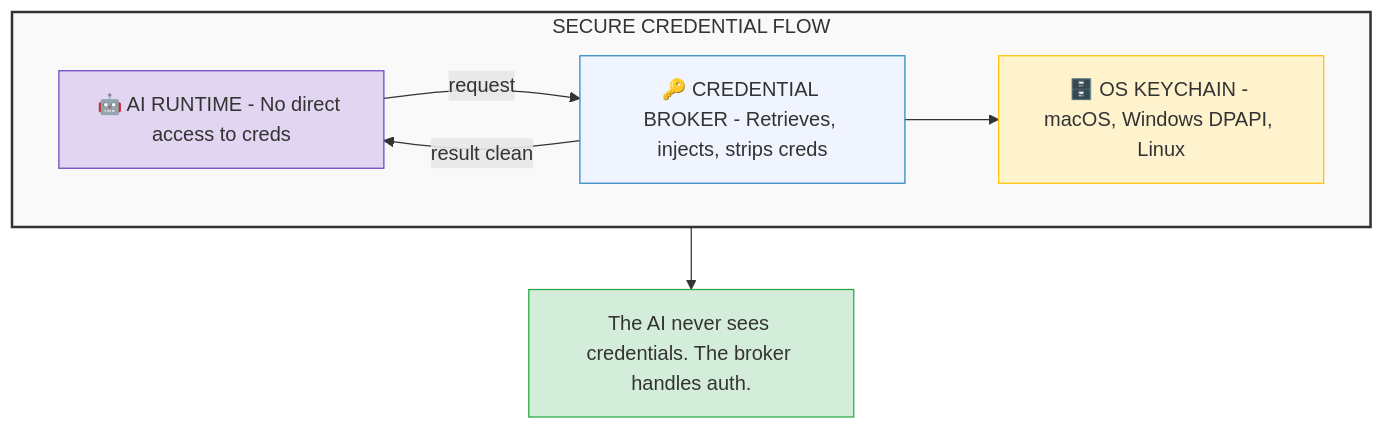
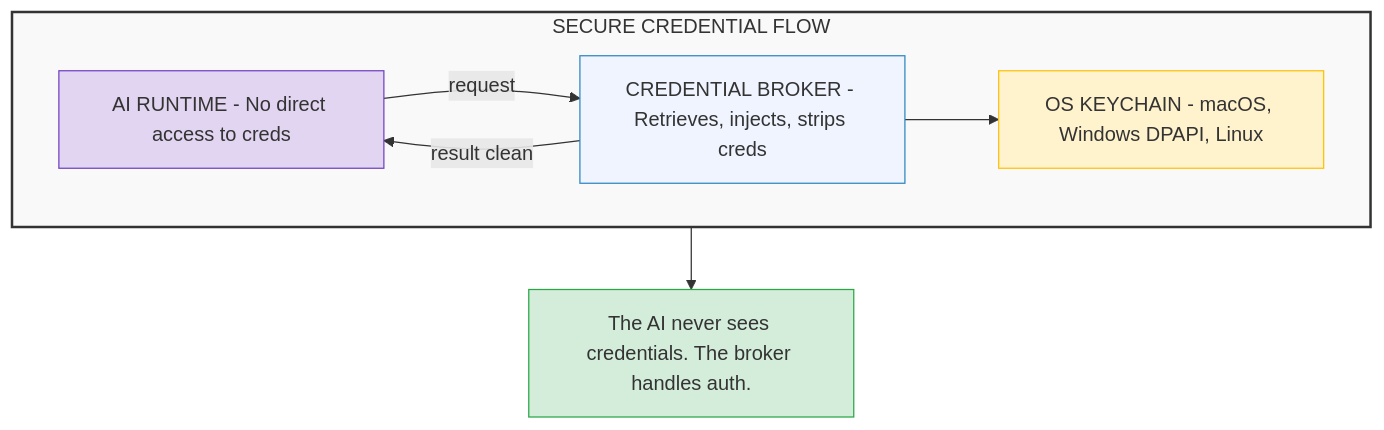
One commit to ithinktavo/GenAI-Engineering-Handbook changed the third of 5 diagrams in docs/11-mcp-security.md. Above: the diagram before and after it, drawn with Mermaid. The commit also changed other lines of this file and 10 other files, not shown here.

Commit message:
Diagram updates

````diff
--- a/docs/11-mcp-security.md
+++ b/docs/11-mcp-security.md
@@ -112,21 +112,21 @@
 ```mermaid
 graph TD
     subgraph cred_flow["SECURE CREDENTIAL FLOW"]
-        AI["🤖 AI RUNTIME - No direct access to creds"]
-        BROKER["🔑 CREDENTIAL BROKER - Retrieves, injects, strips creds"]
-        KEYCHAIN["🗄️ OS KEYCHAIN - macOS, Windows DPAPI, Linux"]
+        AI["AI RUNTIME - No direct access to creds"]
+        BROKER["CREDENTIAL BROKER - Retrieves, injects, strips creds"]
+        KEYCHAIN["OS KEYCHAIN - macOS, Windows DPAPI, Linux"]
 
         AI -- "request" --> BROKER
         BROKER -- "result clean" --> AI
         BROKER --> KEYCHAIN
     end
 
     NOTE["The AI never sees credentials. The broker handles auth."]
     cred_flow --> NOTE
 
     style AI fill:#e2d5f1,stroke:#6f42c1
     style BROKER fill:#f0f4ff,stroke:#2E86C1
     style KEYCHAIN fill:#fff3cd,stroke:#ffc107
     style cred_flow fill:#f9f9f9,stroke:#333,stroke-width:2px
     style NOTE fill:#d4edda,stroke:#28a745
 ```
````
